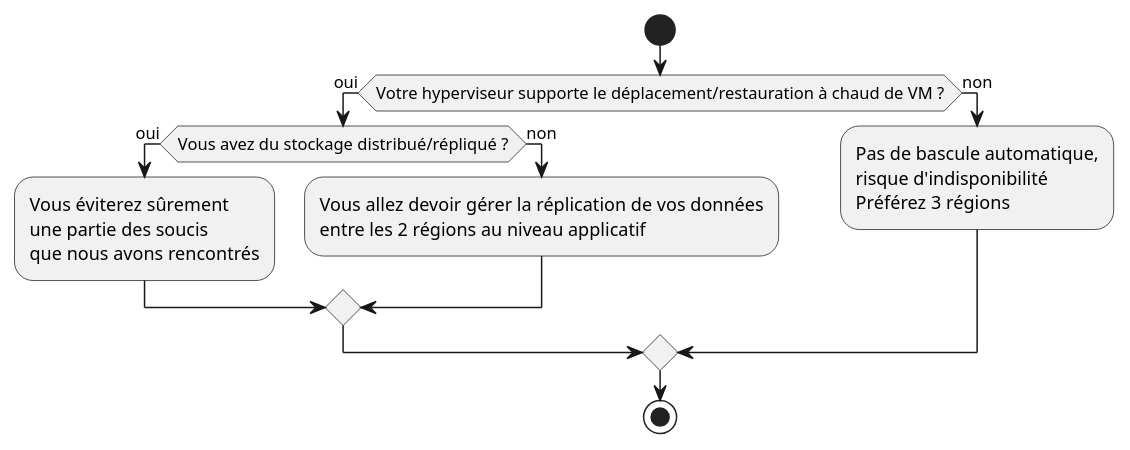
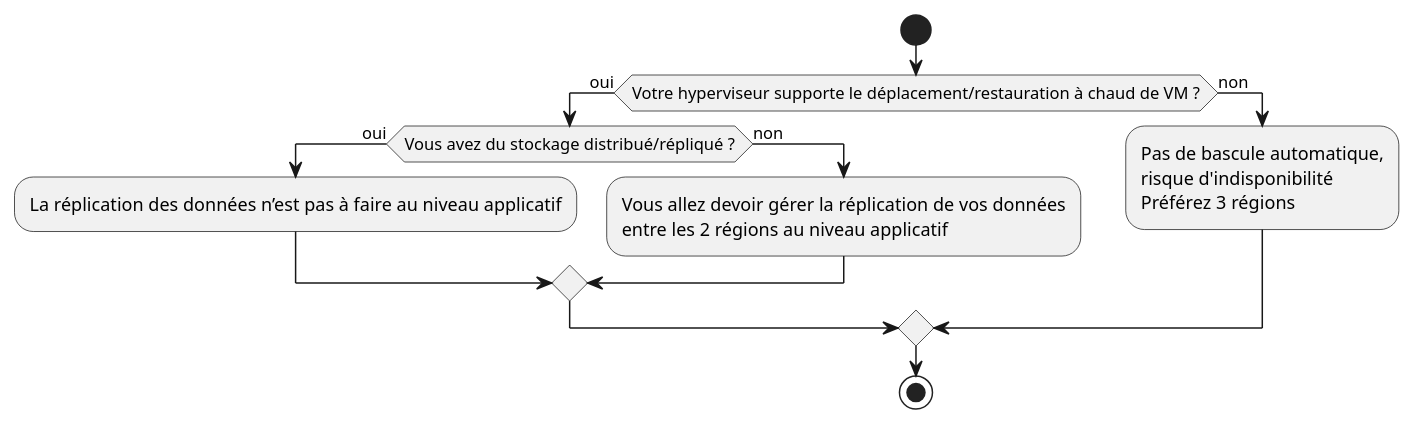
The diagram in diagrams/099-conclusion.puml (sylvainmetayer/talk-k8s-2-az), drawn with PlantUML before and after one commit. The commit also changed 19 other files, not shown here.

```diff
--- a/diagrams/099-conclusion.puml
+++ b/diagrams/099-conclusion.puml
@@ -1,17 +1,17 @@
 @startuml
 
 start
 
 if (Votre hyperviseur supporte le déplacement/restauration à chaud de VM ?) then (oui)
     if (Vous avez du stockage distribué/répliqué ?) then (oui)
-      :Vous éviterez sûrement\nune partie des soucis \nque nous avons rencontrés;
+      :La réplication des données n’est pas à faire au niveau applicatif;
     else (non)
       :Vous allez devoir gérer la réplication de vos données\nentre les 2 régions au niveau applicatif;
     endif
 else (non)
   :Pas de bascule automatique,\nrisque d'indisponibilité\nPréférez 3 régions;
 endif
 
 stop
 
 @enduml
```
